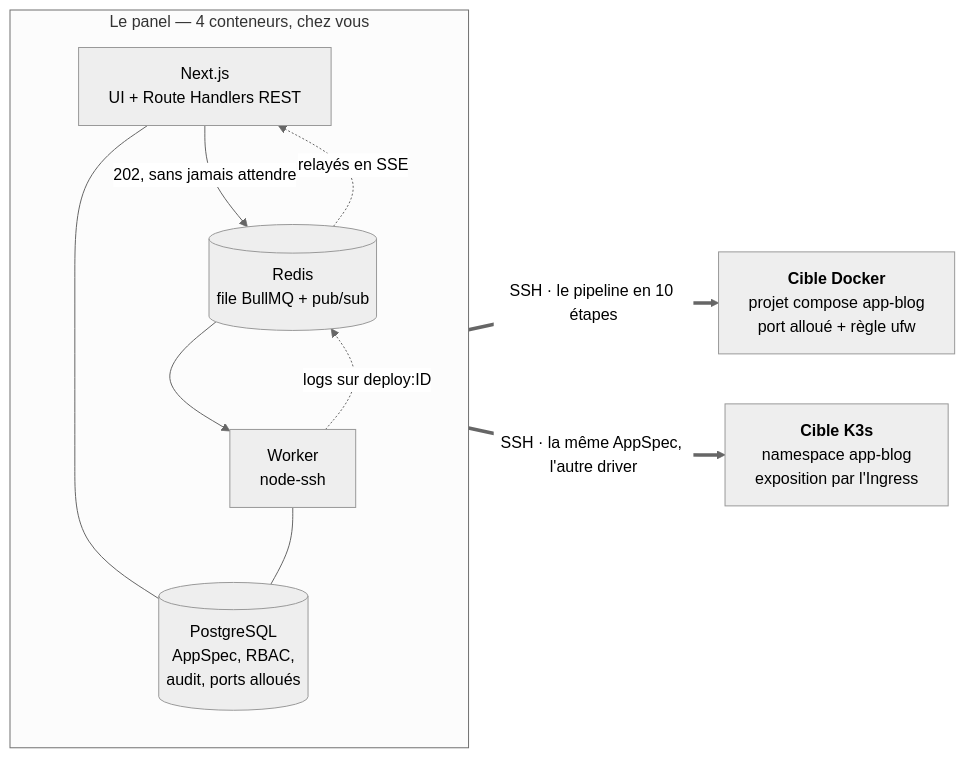
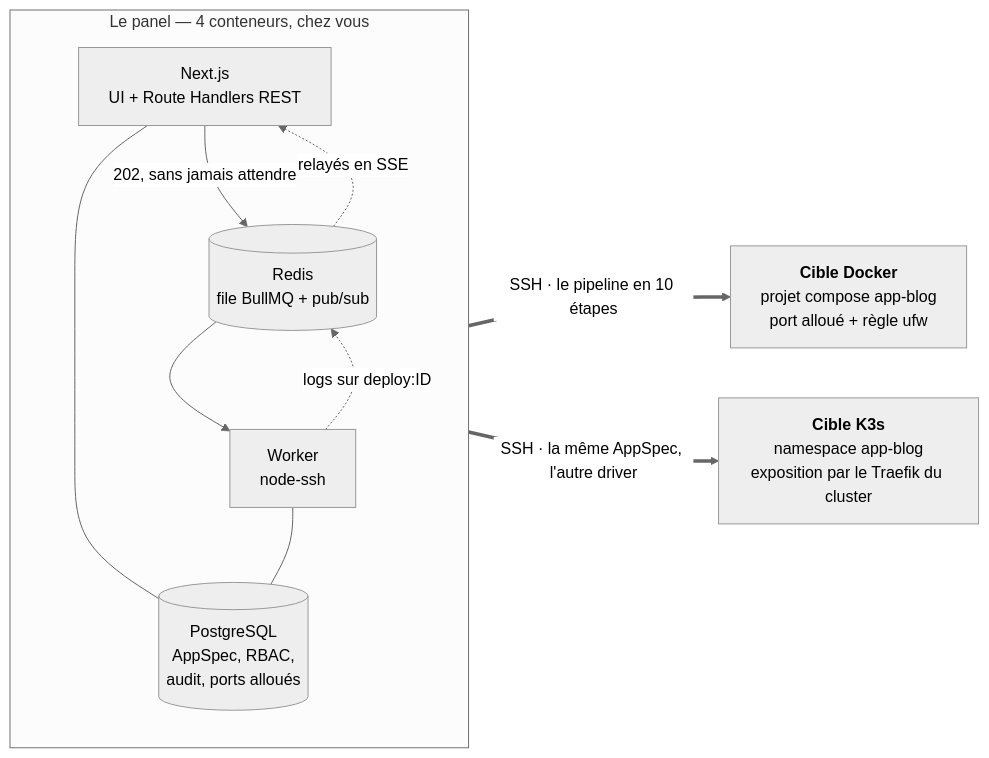
One commit to KowKowFR/pupitre changed the diagram in README.md. Above: the diagram before and after it, drawn with Mermaid (neutral theme). The commit also changed other lines of this file and 9 other files, not shown here.

````diff
--- a/README.md
+++ b/README.md
@@ -85,22 +87,22 @@
 ```mermaid
 flowchart LR
   subgraph panel["Le panel — 4 conteneurs, chez vous"]
     direction TB
     web["Next.js<br/>UI + Route Handlers REST"]
     redis[("Redis<br/>file BullMQ + pub/sub")]
     worker["Worker<br/>node-ssh"]
     pg[("PostgreSQL<br/>AppSpec, RBAC,<br/>audit, ports alloués")]
     web -- "202, sans jamais attendre" --> redis
     redis --> worker
     worker -. "logs sur deploy:ID" .-> redis
     redis -. "relayés en SSE" .-> web
     web --- pg
     worker --- pg
   end
 
   dk["<b>Cible Docker</b><br/>projet compose app-blog<br/>port alloué + règle ufw"]
-  k3["<b>Cible K3s</b><br/>namespace app-blog<br/>exposition par l'Ingress"]
+  k3["<b>Cible K3s</b><br/>namespace app-blog<br/>exposition par le Traefik du cluster"]
 
   worker == "SSH · le pipeline en 10 étapes" ==> dk
   worker == "SSH · la même AppSpec, l'autre driver" ==> k3
 ```
````
